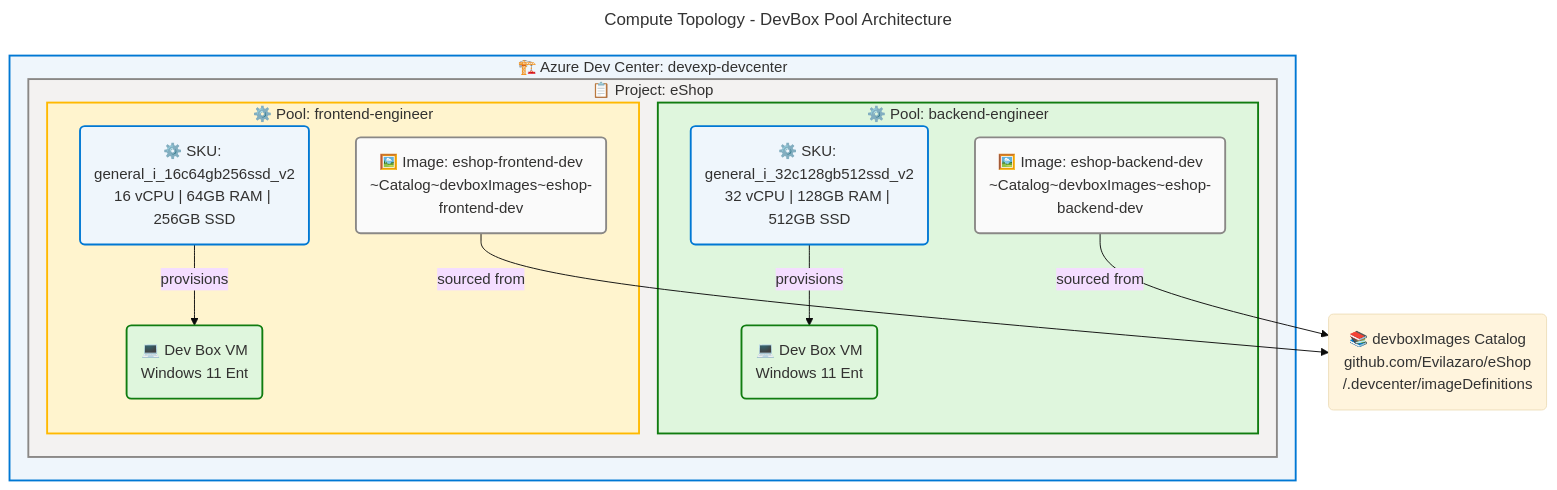
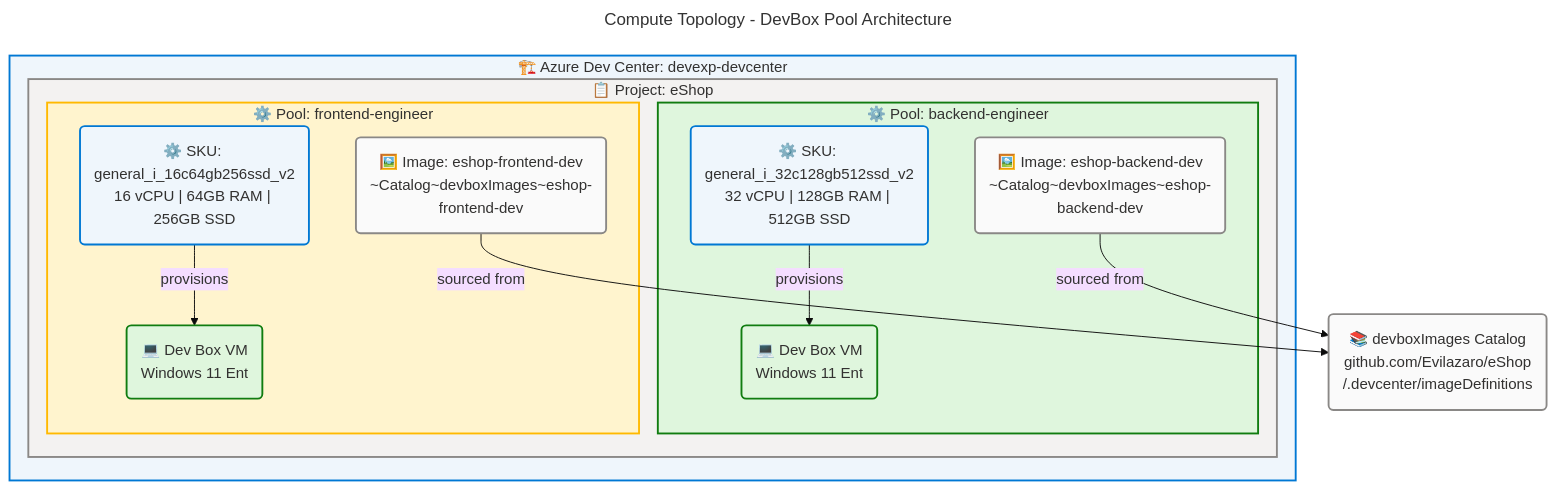
The fourth of 6 diagrams in docs/architecture/technology-architecture.md (Evilazaro/DevExp-DevBox), drawn with Mermaid before and after one commit. The commit also changed other lines of this file, not shown here.

Commit message:
refactor: Update Mermaid diagram styles for improved visual clarity in technology architecture documentation

````diff
--- a/docs/architecture/technology-architecture.md
+++ b/docs/architecture/technology-architecture.md
@@ -635,64 +635,64 @@
 ```mermaid
 ---
 title: Compute Topology - DevBox Pool Architecture
 config:
   theme: base
   look: classic
   layout: dagre
   themeVariables:
     fontSize: '16px'
   flowchart:
     htmlLabels: true
 ---
 flowchart TB
     accTitle: Compute Topology - DevBox Pool Architecture
     accDescr: Shows DevCenter compute hierarchy from project to pool to individual Dev Box VM instances with VM SKU specifications
 
     %% ═══════════════════════════════════════════════════════════════════════════
     %% AZURE / FLUENT ARCHITECTURE PATTERN v1.1
     %% (Semantic + Structural + Font + Accessibility Governance)
     %% ═══════════════════════════════════════════════════════════════════════════
     %% PHASE 1 - FLUENT UI: All styling uses approved Fluent UI palette only
     %% PHASE 2 - GROUPS: Every subgraph has semantic color via style directive
     %% PHASE 3 - COMPONENTS: Every node has semantic classDef + icon prefix
     %% PHASE 4 - ACCESSIBILITY: accTitle/accDescr present, WCAG AA contrast
     %% PHASE 5 - STANDARD: Governance block present, classDefs centralized
     %% ═══════════════════════════════════════════════════════════════════════════
 
     subgraph DevCenterService["🏗️ Azure Dev Center: devexp-devcenter"]
 
         subgraph eShopProject["📋 Project: eShop"]
 
             subgraph BackendPool["⚙️ Pool: backend-engineer"]
                 BE_SKU("⚙️ SKU: general_i_32c128gb512ssd_v2<br/>32 vCPU | 128GB RAM | 512GB SSD"):::core
                 BE_IMG("🖼️ Image: eshop-backend-dev<br/>~Catalog~devboxImages~eshop-backend-dev"):::neutral
                 BE_VM1("💻 Dev Box VM<br/>Windows 11 Ent"):::success
             end
 
             subgraph FrontendPool["⚙️ Pool: frontend-engineer"]
                 FE_SKU("⚙️ SKU: general_i_16c64gb256ssd_v2<br/>16 vCPU | 64GB RAM | 256GB SSD"):::core
                 FE_IMG("🖼️ Image: eshop-frontend-dev<br/>~Catalog~devboxImages~eshop-frontend-dev"):::neutral
                 FE_VM1("💻 Dev Box VM<br/>Windows 11 Ent"):::success
             end
 
         end
 
     end
 
-    ImgCatalog("📚 devboxImages Catalog<br/>github.com/Evilazaro/eShop<br/>/.devcenter/imageDefinitions"):::external
+    ImgCatalog("📚 devboxImages Catalog<br/>github.com/Evilazaro/eShop<br/>/.devcenter/imageDefinitions"):::neutral
 
     BE_IMG -->|"sourced from"| ImgCatalog
     FE_IMG -->|"sourced from"| ImgCatalog
     BE_SKU -->|"provisions"| BE_VM1
     FE_SKU -->|"provisions"| FE_VM1
 
     %% Centralized classDefs
     classDef neutral fill:#FAFAFA,stroke:#8A8886,stroke-width:2px,color:#323130
     classDef core fill:#EFF6FC,stroke:#0078D4,stroke-width:2px,color:#323130
     classDef success fill:#DFF6DD,stroke:#107C10,stroke-width:2px,color:#323130
 
     style DevCenterService fill:#EFF6FC,stroke:#0078D4,stroke-width:2px,color:#323130
     style eShopProject fill:#F3F2F1,stroke:#8A8886,stroke-width:2px,color:#323130
     style BackendPool fill:#DFF6DD,stroke:#107C10,stroke-width:2px,color:#323130
     style FrontendPool fill:#FFF4CE,stroke:#FFB900,stroke-width:2px,color:#323130
 ```
````
